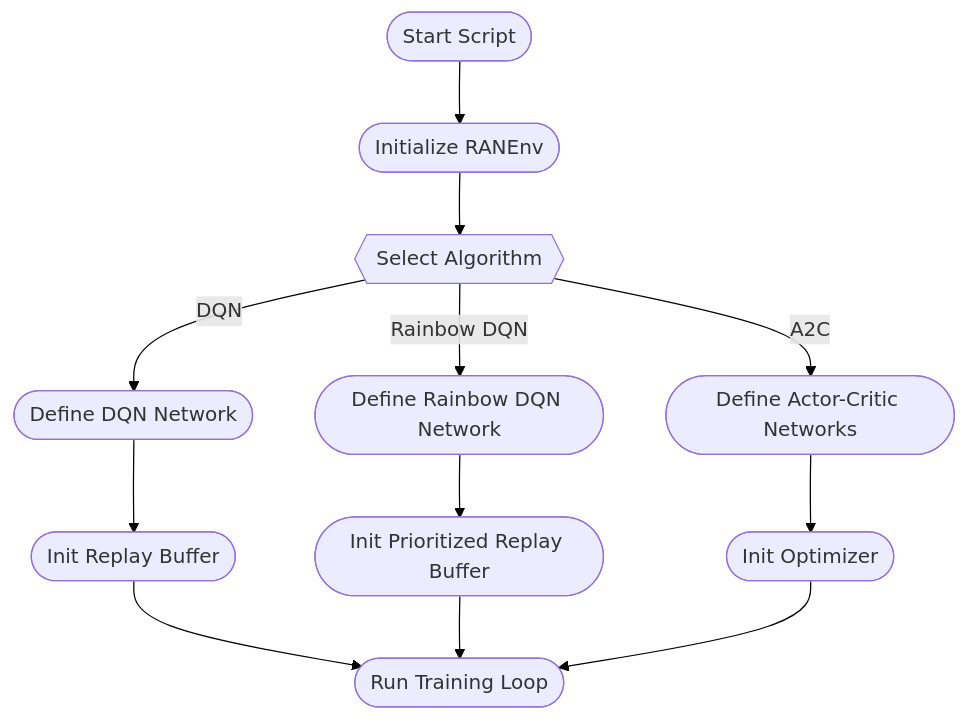
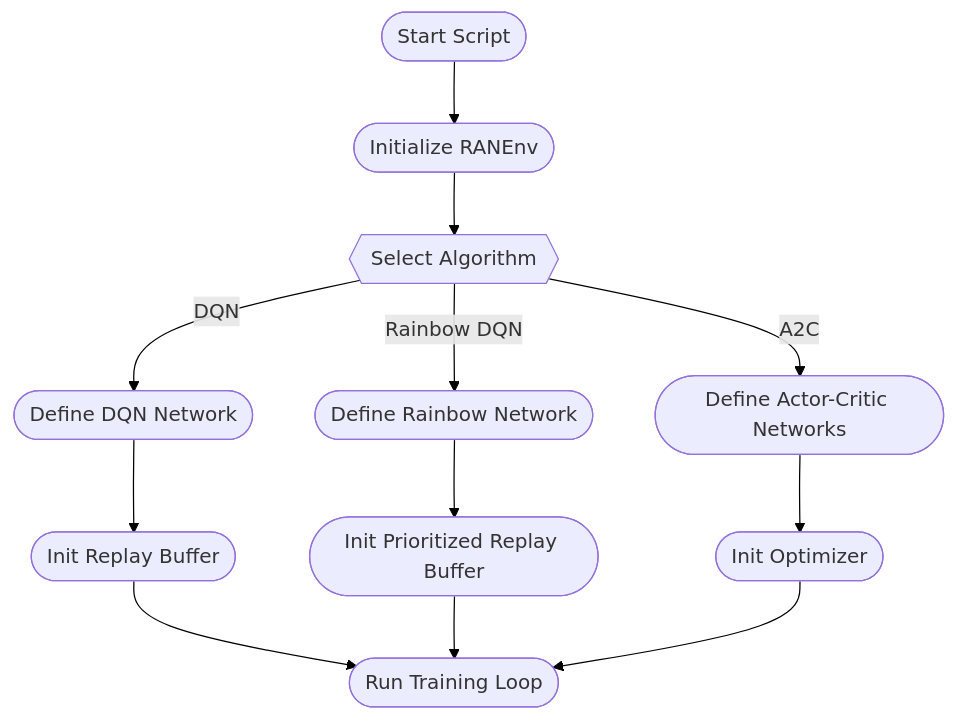
The diagram in DRL_flow.mmd (TN420/mecon25), drawn with Mermaid before and after one commit. The commit also changed 307 other files, not shown here.

```diff
--- a/DRL_flow.mmd
+++ b/DRL_flow.mmd
@@ -1,11 +1,11 @@
 flowchart TD
   %% Global styles for bigger font and tighter spacing
   classDef bigText font-size:18px;
   class * bigText;
   linkStyle default stroke-width:1px,stroke:black;
   
   %% Flow
   A([Start Script]) --> B([Initialize RANEnv]) --> C{{Select Algorithm}}
   C -->|DQN| D1([Define DQN Network]) --> X([Init Replay Buffer]) --> T([Run Training Loop])
-  C -->|Rainbow DQN| R1([Define Rainbow DQN Network]) --> Y([Init Prioritized Replay Buffer]) --> T
+  C -->|Rainbow DQN| R1([Define Rainbow Network]) --> Y([Init Prioritized Replay Buffer]) --> T
   C -->|A2C| A1([Define Actor-Critic Networks]) --> Z([Init Optimizer]) --> T
```
